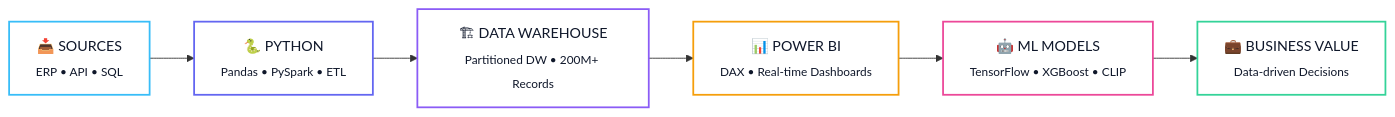
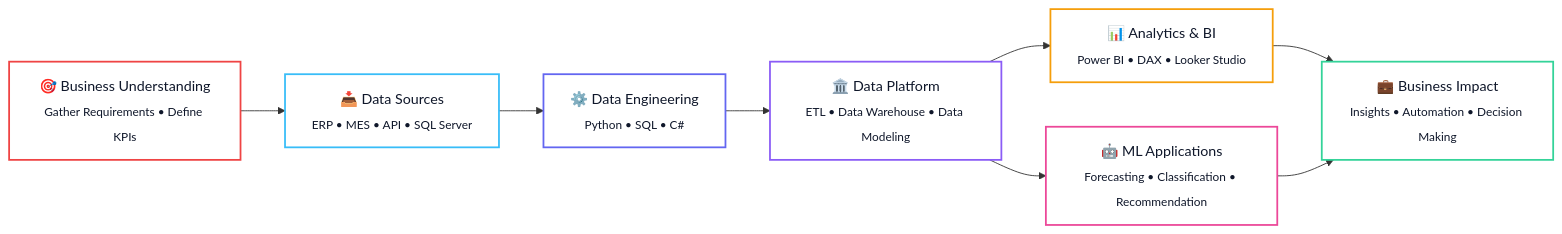
Before and after one commit to thanhvinh04/thanhvinh04: the diagram in README.md, drawn with Mermaid. The commit also changed other lines of this file, not shown here.

````diff
--- a/README.md
+++ b/README.md
@@ -53,15 +51,33 @@
 ```mermaid
 flowchart LR
-    SRC["📥 SOURCES<br/><sub>ERP • API • SQL</sub>"] --> PY["🐍 PYTHON<br/><sub>Pandas • PySpark • ETL</sub>"]
-    PY --> DW["🏗 DATA WAREHOUSE<br/><sub>Partitioned DW • 200M+ Records</sub>"]
-    DW --> BI["📊 POWER BI<br/><sub>DAX • Real-time Dashboards</sub>"]
-    BI --> ML["🤖 ML MODELS<br/><sub>TensorFlow • XGBoost • CLIP</sub>"]
-    ML --> VAL["💼 BUSINESS VALUE<br/><sub>Data-driven Decisions</sub>"]
 
+    REQ["🎯 Business Understanding<br/><sub>Gather Requirements • Define KPIs</sub>"]
+
+    SRC["📥 Data Sources<br/><sub>ERP • MES • API • SQL Server</sub>"]
+
+    ENG["⚙️ Data Engineering<br/><sub>Python • SQL • C#</sub>"]
+
+    DWH["🏛️ Data Platform<br/><sub>ETL • Data Warehouse • Data Modeling</sub>"]
+
+    BI["📊 Analytics & BI<br/><sub>Power BI • DAX • Looker Studio</sub>"]
+
+    ML["🤖 ML Applications<br/><sub>Forecasting • Classification • Recommendation</sub>"]
+
+    VAL["💼 Business Impact<br/><sub>Insights • Automation • Decision Making</sub>"]
+
+    REQ --> SRC
+    SRC --> ENG
+    ENG --> DWH
+    DWH --> BI
+    DWH --> ML
+    BI --> VAL
+    ML --> VAL
+
+    style REQ fill:#ffffff,stroke:#ef4444,stroke-width:2px,color:#0f172a
     style SRC fill:#ffffff,stroke:#38bdf8,stroke-width:2px,color:#0f172a
-    style PY fill:#ffffff,stroke:#6366f1,stroke-width:2px,color:#0f172a
-    style DW fill:#ffffff,stroke:#8b5cf6,stroke-width:2px,color:#0f172a
+    style ENG fill:#ffffff,stroke:#6366f1,stroke-width:2px,color:#0f172a
+    style DWH fill:#ffffff,stroke:#8b5cf6,stroke-width:2px,color:#0f172a
     style BI fill:#ffffff,stroke:#f59e0b,stroke-width:2px,color:#0f172a
     style ML fill:#ffffff,stroke:#ec4899,stroke-width:2px,color:#0f172a
     style VAL fill:#ffffff,stroke:#34d399,stroke-width:2px,color:#0f172a
 ```
````
